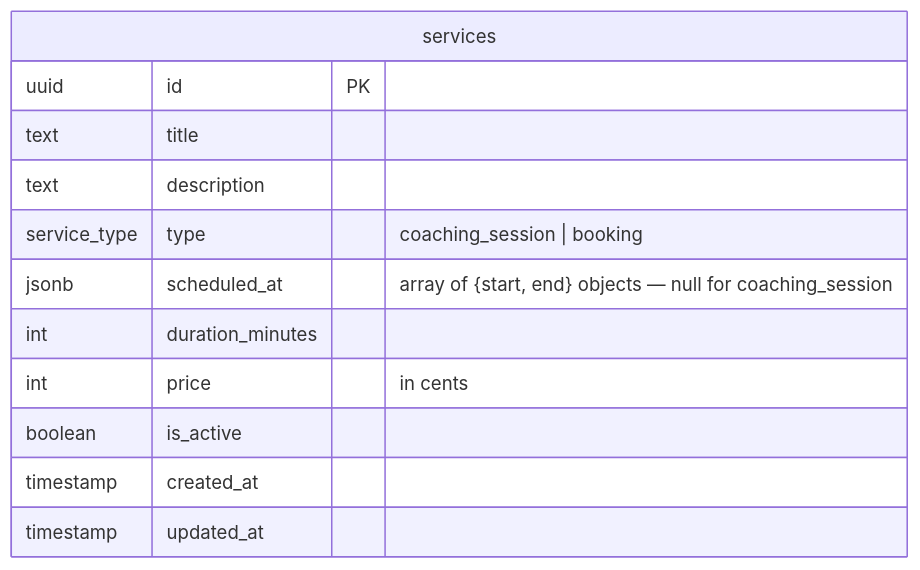
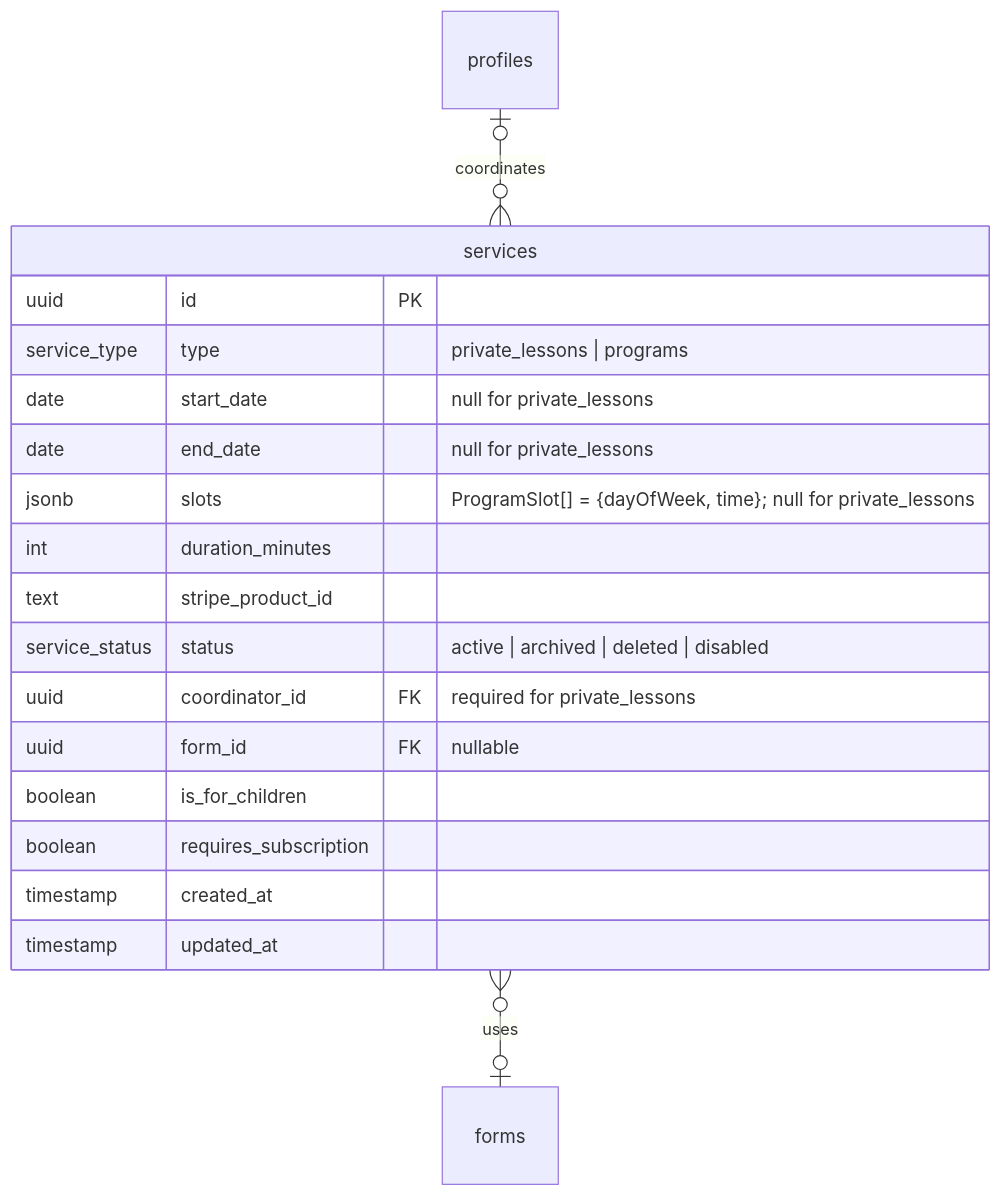
The first of 2 diagrams in docs/services.md (hack4impact/mcld-project), drawn with Mermaid before and after one commit. The commit also changed other lines of this file and 3 other files, not shown here.

````diff
--- a/docs/services.md
+++ b/docs/services.md
@@ -9,15 +10,22 @@
 ```mermaid
 erDiagram
     services {
         uuid id PK
-        text title
-        text description
-        service_type type "coaching_session | booking"
-        jsonb scheduled_at "array of {start, end} objects — null for coaching_session"
+        service_type type "private_lessons | programs"
+        date start_date "null for private_lessons"
+        date end_date "null for private_lessons"
+        jsonb slots "ProgramSlot[] = {dayOfWeek, time}; null for private_lessons"
         int duration_minutes
-        int price "in cents"
-        boolean is_active
+        text stripe_product_id
+        service_status status "active | archived | deleted | disabled"
+        uuid coordinator_id FK "required for private_lessons"
+        uuid form_id FK "nullable"
+        boolean is_for_children
+        boolean requires_subscription
         timestamp created_at
         timestamp updated_at
     }
+
+    profiles |o--o{ services : "coordinates"
+    services }o--o| forms : "uses"
 ```
````
